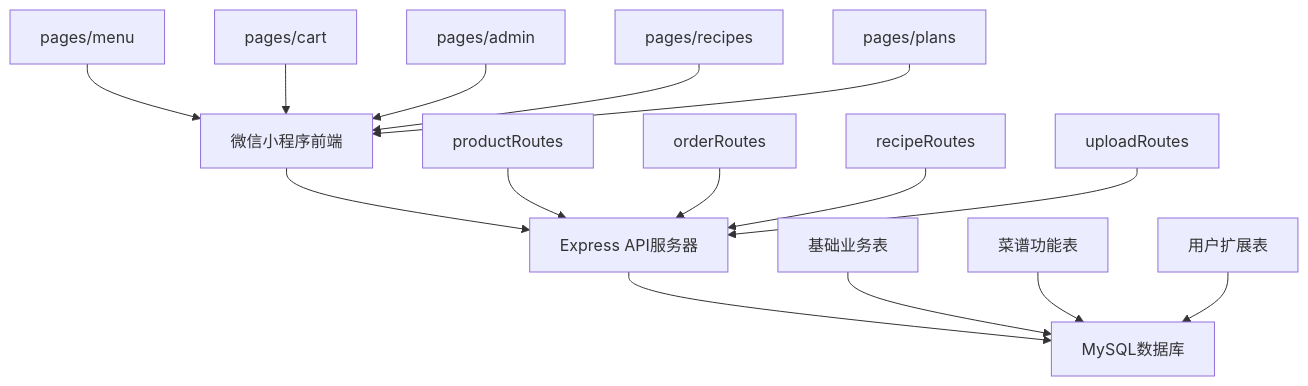
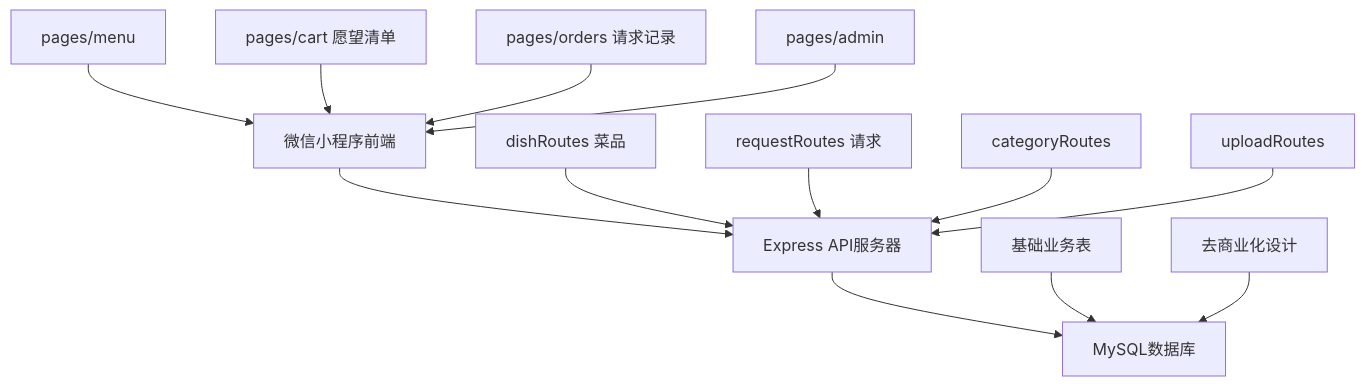
One commit to yyxhycj/order_food changed the diagram in VERDENT.md. Above: the diagram before and after it, drawn with Mermaid. The commit also changed other lines of this file and 12 other files, not shown here.

````diff
--- a/VERDENT.md
+++ b/VERDENT.md
@@ -51,20 +65,18 @@
 ```mermaid
 graph TB
     A[微信小程序前端] --> B[Express API服务器]
     B --> C[MySQL数据库]
     
     A1[pages/menu] --> A
-    A2[pages/cart] --> A
-    A3[pages/admin] --> A
-    A4[pages/recipes] --> A
-    A5[pages/plans] --> A
+    A2[pages/cart 愿望清单] --> A
+    A3[pages/orders 请求记录] --> A
+    A4[pages/admin] --> A
     
-    B1[productRoutes] --> B
-    B2[orderRoutes] --> B
-    B3[recipeRoutes] --> B
+    B1[dishRoutes 菜品] --> B
+    B2[requestRoutes 请求] --> B
+    B3[categoryRoutes] --> B
     B4[uploadRoutes] --> B
     
     C1[基础业务表] --> C
-    C2[菜谱功能表] --> C
-    C3[用户扩展表] --> C
+    C2[去商业化设计] --> C
 ```
````
